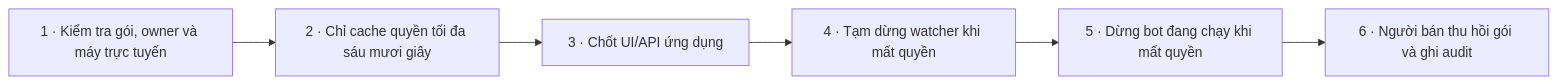
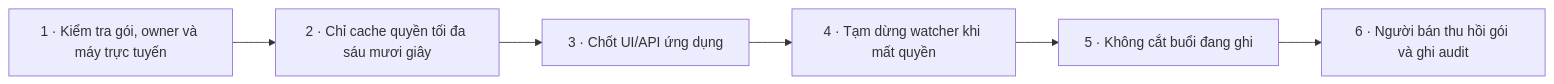
Before and after one commit to Thequancute215-sys/cun-zoom: diagram 11 of 22 in docs/WORKFLOW.md, drawn with Mermaid. The commit also changed other lines of this file and 16 other files, not shown here.

````diff
--- a/docs/WORKFLOW.md
+++ b/docs/WORKFLOW.md
@@ -342,14 +342,14 @@
 ```mermaid
 flowchart LR
   s1["1 · Kiểm tra gói, owner và máy trực tuyến"]
   s2["2 · Chỉ cache quyền tối đa sáu mươi giây"]
   s1 --> s2
   s3["3 · Chốt UI/API ứng dụng"]
   s2 --> s3
   s4["4 · Tạm dừng watcher khi mất quyền"]
   s3 --> s4
-  s5["5 · Dừng bot đang chạy khi mất quyền"]
+  s5["5 · Không cắt buổi đang ghi"]
   s4 --> s5
   s6["6 · Người bán thu hồi gói và ghi audit"]
   s5 --> s6
 ```
````
